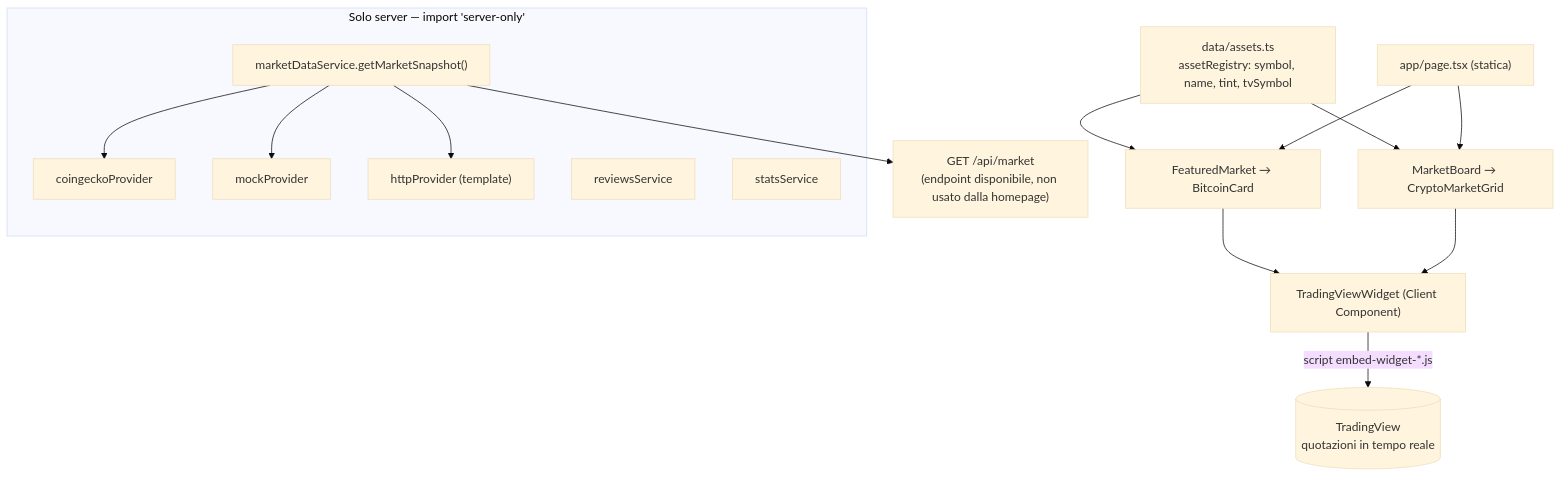
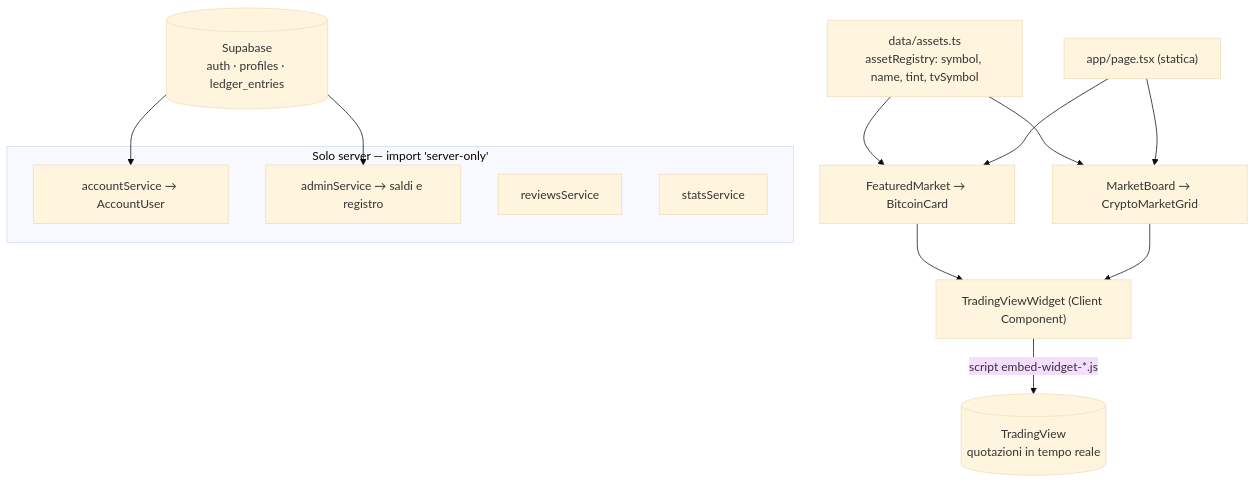
The first of 5 diagrams in README.md (davide963-ux/cr), drawn with Mermaid (base theme) before and after one commit. The commit also changed other lines of this file and 17 other files, not shown here.

First line of the commit message:
Remove the market data layer and its configuration (#10)

````diff
--- a/README.md
+++ b/README.md
@@ -37,21 +37,20 @@
 ```mermaid
 flowchart TD
     REG["data/assets.ts<br/>assetRegistry: symbol, name, tint, tvSymbol"]
     REG --> FM["FeaturedMarket → BitcoinCard"]
     REG --> MB["MarketBoard → CryptoMarketGrid"]
     FM --> TVW["TradingViewWidget (Client Component)"]
     MB --> TVW
     TVW -->|"script embed-widget-*.js"| TV[("TradingView<br/>quotazioni in tempo reale")]
     PAGE["app/page.tsx (statica)"] --> FM
     PAGE --> MB
 
     subgraph Server["Solo server — import 'server-only'"]
-        SVC["marketDataService.getMarketSnapshot()"]
-        SVC --> CG["coingeckoProvider"]
-        SVC --> MOCK["mockProvider"]
-        SVC --> HTTP["httpProvider (template)"]
+        ACC["accountService → AccountUser"]
+        ADM["adminService → saldi e registro"]
         REV["reviewsService"]
         STA["statsService"]
     end
-    SVC --> API["GET /api/market<br/>(endpoint disponibile, non usato dalla homepage)"]
+    SB[("Supabase<br/>auth · profiles · ledger_entries")] --> ACC
+    SB --> ADM
 ```
````
